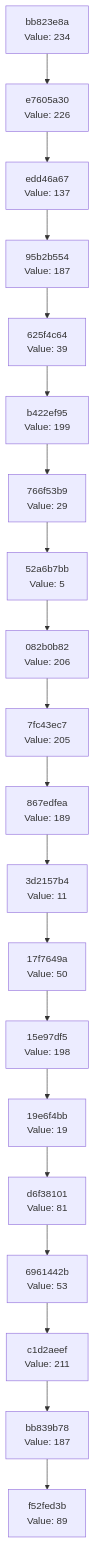
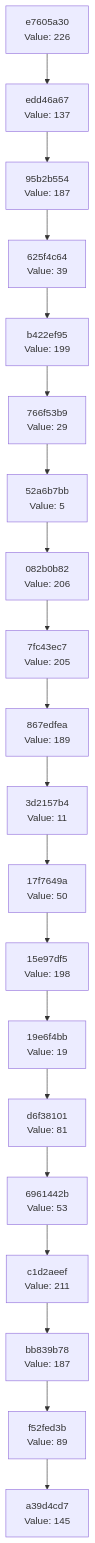
One commit to Abhisheksinha1506/hash-chain-evolver changed the diagram in docs/CHAIN_VISUALIZATION.md. Above: the diagram before and after it, drawn with Mermaid. The commit also changed 2 other files, not shown here.

Commit message:
Evolution step: hash 0x91 → action executed

````diff
--- a/docs/CHAIN_VISUALIZATION.md
+++ b/docs/CHAIN_VISUALIZATION.md
@@ -3,42 +3,42 @@
 ```mermaid
 graph TD
-    C0["f52fed3b<br/>Value: 89"]
-    C1["bb839b78<br/>Value: 187"]
+    C0["a39d4cd7<br/>Value: 145"]
+    C1["f52fed3b<br/>Value: 89"]
     C1 --> C0
-    C2["c1d2aeef<br/>Value: 211"]
+    C2["bb839b78<br/>Value: 187"]
     C2 --> C1
-    C3["6961442b<br/>Value: 53"]
+    C3["c1d2aeef<br/>Value: 211"]
     C3 --> C2
-    C4["d6f38101<br/>Value: 81"]
+    C4["6961442b<br/>Value: 53"]
     C4 --> C3
-    C5["19e6f4bb<br/>Value: 19"]
+    C5["d6f38101<br/>Value: 81"]
     C5 --> C4
-    C6["15e97df5<br/>Value: 198"]
+    C6["19e6f4bb<br/>Value: 19"]
     C6 --> C5
-    C7["17f7649a<br/>Value: 50"]
+    C7["15e97df5<br/>Value: 198"]
     C7 --> C6
-    C8["3d2157b4<br/>Value: 11"]
+    C8["17f7649a<br/>Value: 50"]
     C8 --> C7
-    C9["867edfea<br/>Value: 189"]
+    C9["3d2157b4<br/>Value: 11"]
     C9 --> C8
-    C10["7fc43ec7<br/>Value: 205"]
+    C10["867edfea<br/>Value: 189"]
     C10 --> C9
-    C11["082b0b82<br/>Value: 206"]
+    C11["7fc43ec7<br/>Value: 205"]
     C11 --> C10
-    C12["52a6b7bb<br/>Value: 5"]
+    C12["082b0b82<br/>Value: 206"]
     C12 --> C11
-    C13["766f53b9<br/>Value: 29"]
+    C13["52a6b7bb<br/>Value: 5"]
     C13 --> C12
-    C14["b422ef95<br/>Value: 199"]
+    C14["766f53b9<br/>Value: 29"]
     C14 --> C13
-    C15["625f4c64<br/>Value: 39"]
+    C15["b422ef95<br/>Value: 199"]
     C15 --> C14
-    C16["95b2b554<br/>Value: 187"]
+    C16["625f4c64<br/>Value: 39"]
     C16 --> C15
-    C17["edd46a67<br/>Value: 137"]
+    C17["95b2b554<br/>Value: 187"]
     C17 --> C16
-    C18["e7605a30<br/>Value: 226"]
+    C18["edd46a67<br/>Value: 137"]
     C18 --> C17
-    C19["bb823e8a<br/>Value: 234"]
+    C19["e7605a30<br/>Value: 226"]
     C19 --> C18
 ```
````
